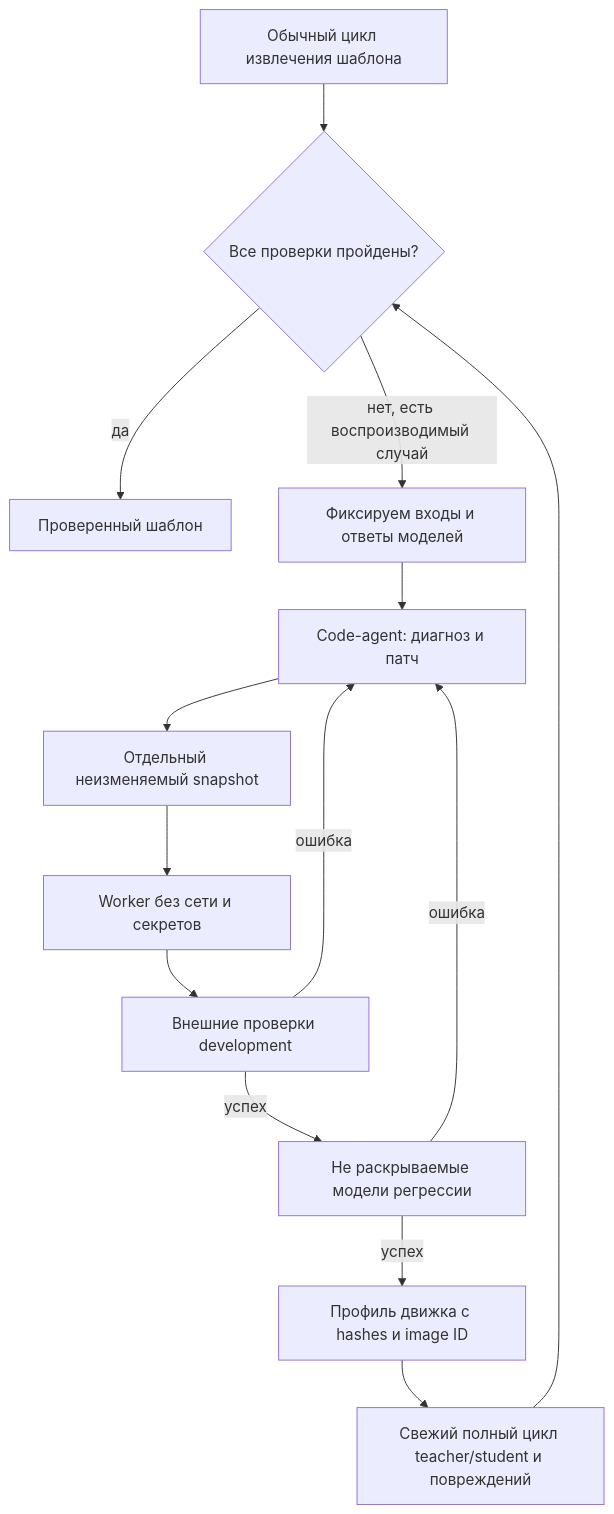
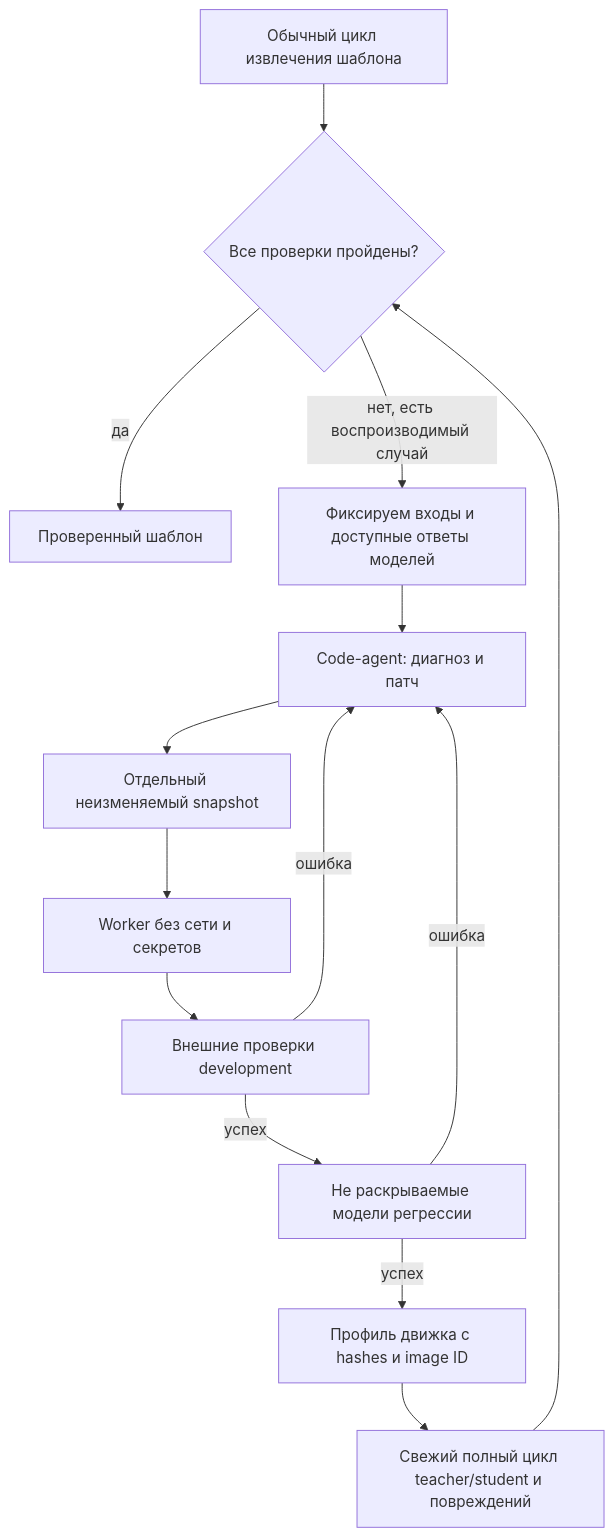
One commit to timuroid/articleflow changed the diagram in docs/tech/managed-repair-034.md. Above: the diagram before and after it, drawn with Mermaid. The commit also changed other lines of this file and 53 other files, not shown here.

````diff
--- a/docs/tech/managed-repair-034.md
+++ b/docs/tech/managed-repair-034.md
@@ -30,16 +30,16 @@
 ```mermaid
 flowchart TD
   A[Обычный цикл извлечения шаблона] --> B{Все проверки пройдены?}
   B -->|да| C[Проверенный шаблон]
-  B -->|нет, есть воспроизводимый случай| D[Фиксируем входы и ответы моделей]
+  B -->|нет, есть воспроизводимый случай| D[Фиксируем входы и доступные ответы моделей]
   D --> E[Code-agent: диагноз и патч]
   E --> F[Отдельный неизменяемый snapshot]
   F --> G[Worker без сети и секретов]
   G --> H[Внешние проверки development]
   H -->|успех| I[Не раскрываемые модели регрессии]
   H -->|ошибка| E
   I -->|ошибка| E
   I -->|успех| J[Профиль движка с hashes и image ID]
   J --> K[Свежий полный цикл teacher/student и повреждений]
   K --> B
 ```
````
